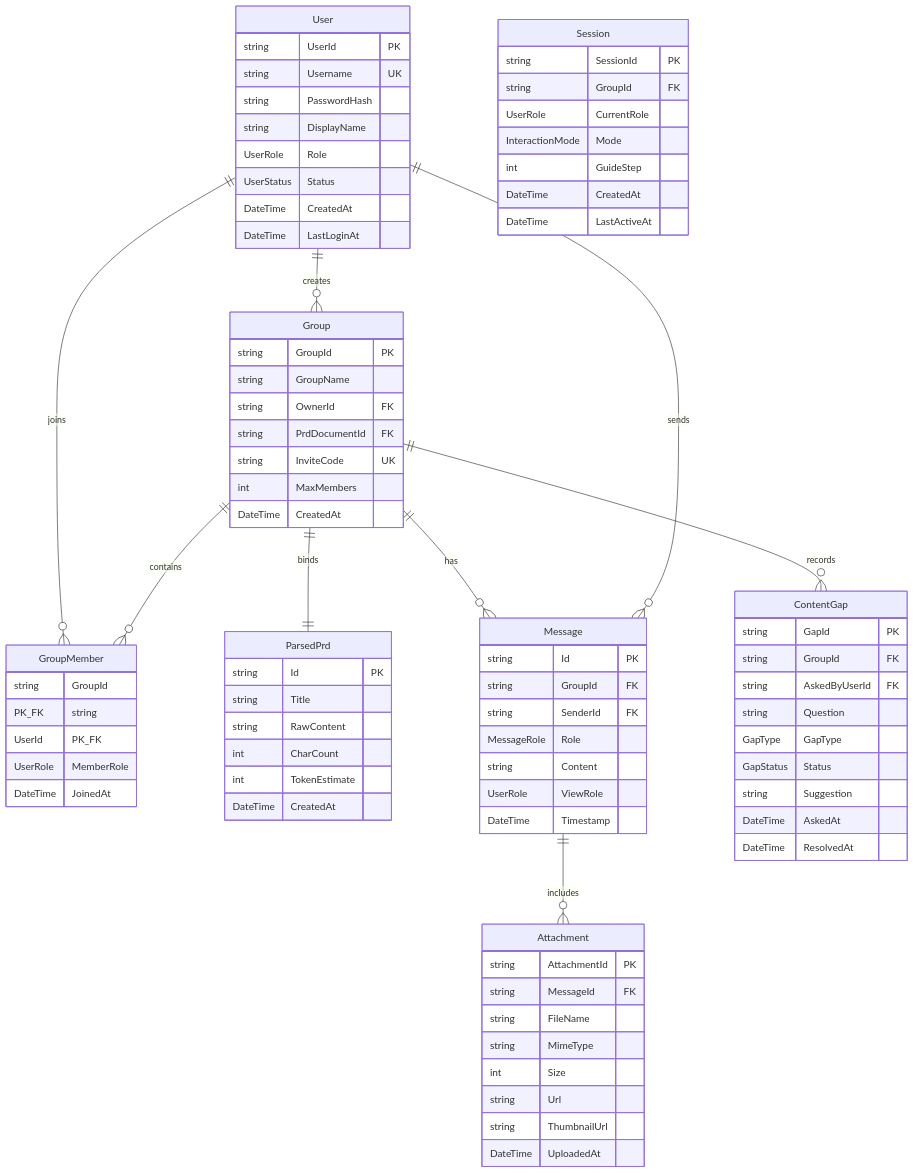
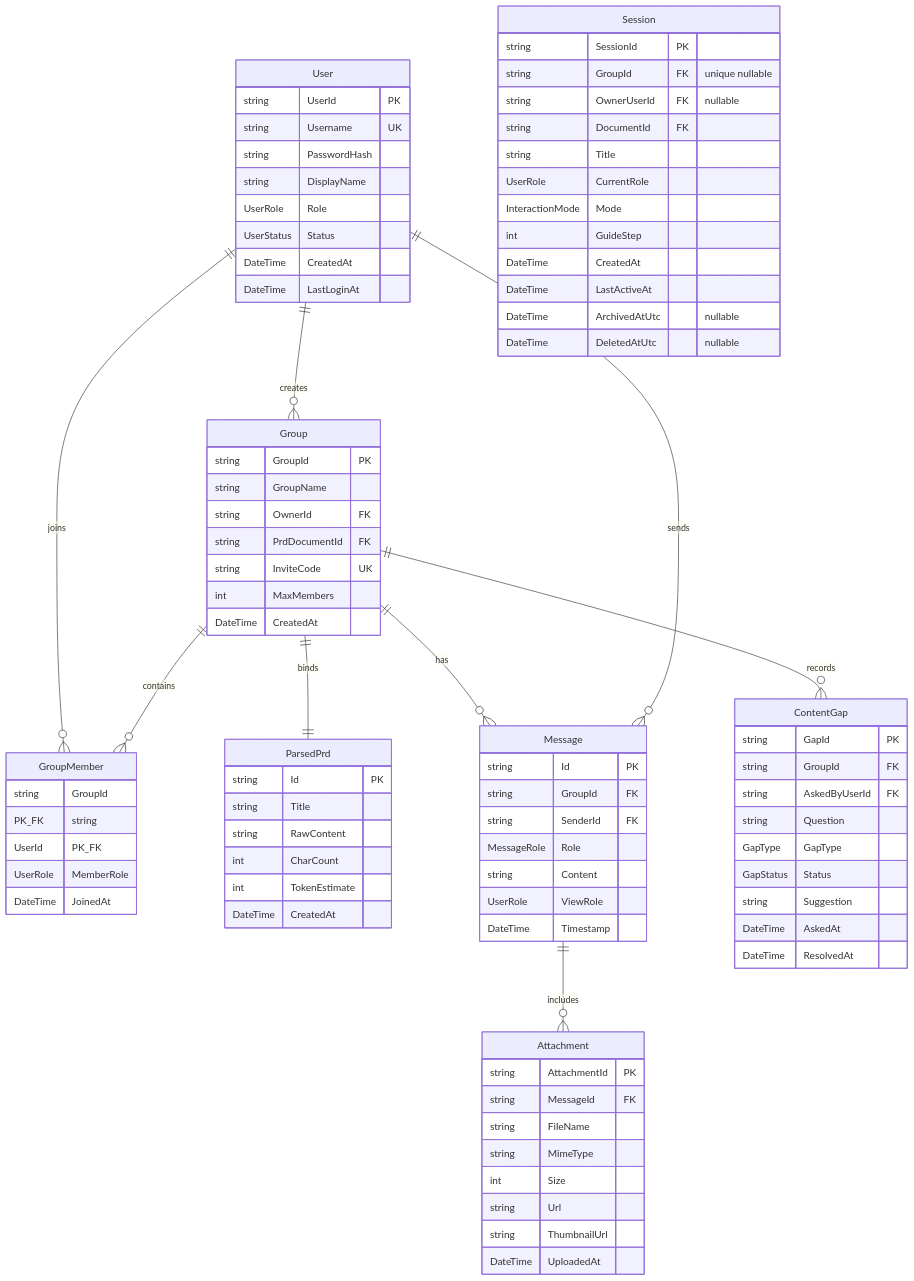
One commit to inernoro/prd_agent changed the ninth of 9 diagrams in doc/2.srs.md. Above: the diagram before and after it, drawn with Mermaid. The commit also changed other lines of this file and 111 other files, not shown here.

````diff
--- a/doc/2.srs.md
+++ b/doc/2.srs.md
@@ -2776,11 +2777,16 @@
     
     Session {
         string SessionId PK
-        string GroupId FK
+        string GroupId FK "unique nullable"
+        string OwnerUserId FK "nullable"
+        string DocumentId FK
+        string Title
         UserRole CurrentRole
         InteractionMode Mode
         int GuideStep
         DateTime CreatedAt
         DateTime LastActiveAt
+        DateTime ArchivedAtUtc "nullable"
+        DateTime DeletedAtUtc "nullable"
     }
 ```
````
